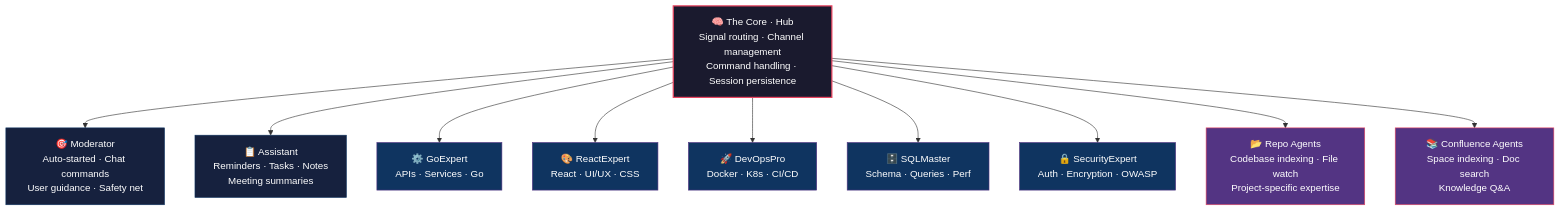
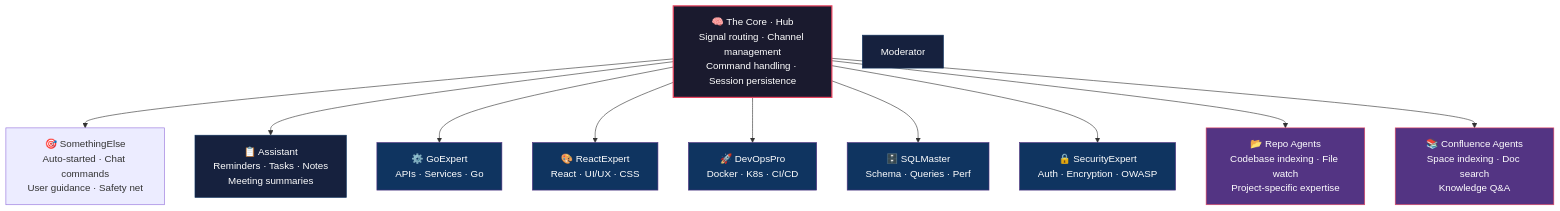
The diagram in README.md (camronwood/neural-junkie), drawn with Mermaid before and after one commit. The commit also changed 41 other files, not shown here.

````diff
--- a/README.md
+++ b/README.md
@@ -23,27 +23,27 @@
 ```mermaid
 graph TB
     Core[🧠 The Core · Hub<br/>Signal routing · Channel management<br/>Command handling · Session persistence]
 
-    Core --> Moderator[🎯 Moderator<br/>Auto-started · Chat commands<br/>User guidance · Safety net]
+    Core --> SomethingElse[🎯 SomethingElse<br/>Auto-started · Chat commands<br/>User guidance · Safety net]
     Core --> Assistant[📋 Assistant<br/>Reminders · Tasks · Notes<br/>Meeting summaries]
 
     Core --> GoExpert[⚙️ GoExpert<br/>APIs · Services · Go]
     Core --> ReactExpert[🎨 ReactExpert<br/>React · UI/UX · CSS]
     Core --> DevOpsPro[🚀 DevOpsPro<br/>Docker · K8s · CI/CD]
     Core --> SQLMaster[🗄️ SQLMaster<br/>Schema · Queries · Perf]
     Core --> SecurityExpert[🔒 SecurityExpert<br/>Auth · Encryption · OWASP]
 
     Core --> RepoAgents[📂 Repo Agents<br/>Codebase indexing · File watch<br/>Project-specific expertise]
     Core --> ConfluenceAgents[📚 Confluence Agents<br/>Space indexing · Doc search<br/>Knowledge Q&A]
 
     style Core fill:#1a1a2e,stroke:#e94560,color:#fff,stroke-width:2px
     style Moderator fill:#16213e,stroke:#0f3460,color:#fff
     style Assistant fill:#16213e,stroke:#0f3460,color:#fff
     style GoExpert fill:#0f3460,stroke:#533483,color:#fff
     style ReactExpert fill:#0f3460,stroke:#533483,color:#fff
     style DevOpsPro fill:#0f3460,stroke:#533483,color:#fff
     style SQLMaster fill:#0f3460,stroke:#533483,color:#fff
     style SecurityExpert fill:#0f3460,stroke:#533483,color:#fff
     style RepoAgents fill:#533483,stroke:#e94560,color:#fff
     style ConfluenceAgents fill:#533483,stroke:#e94560,color:#fff
 ```
````
